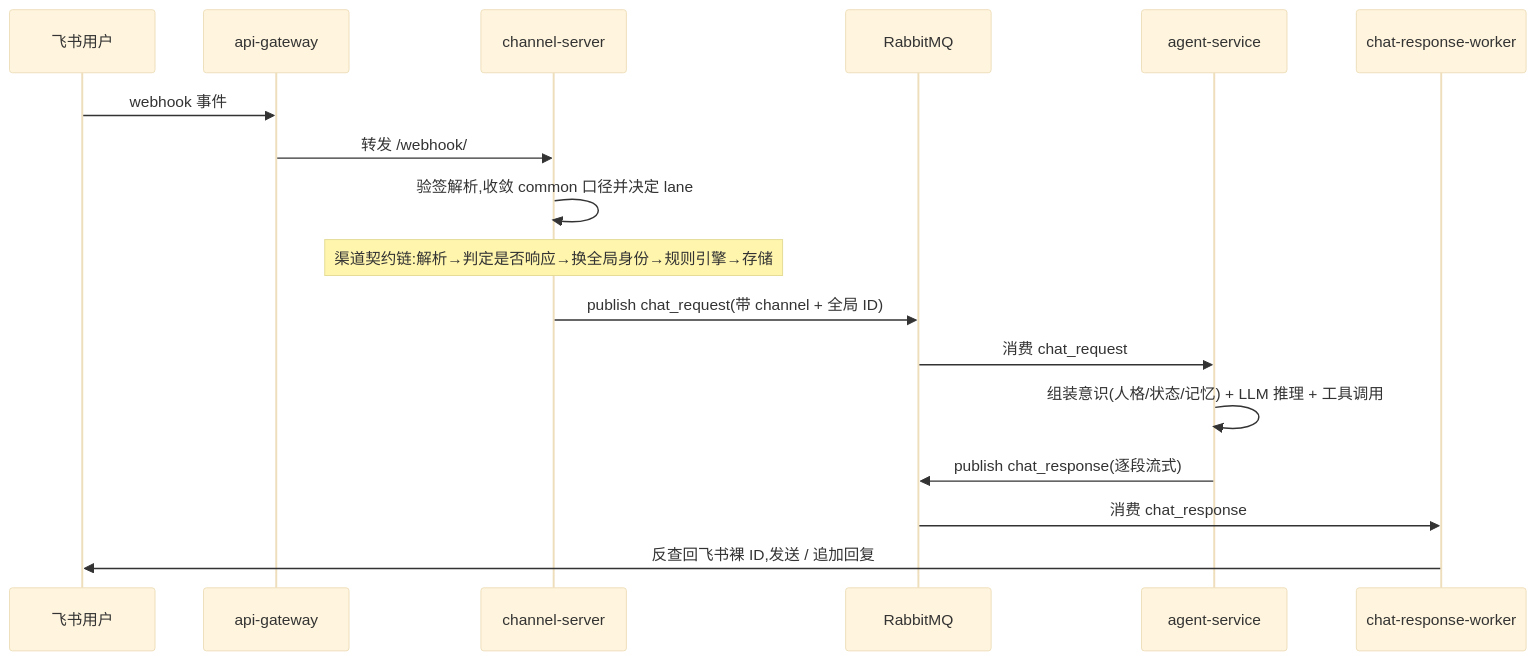
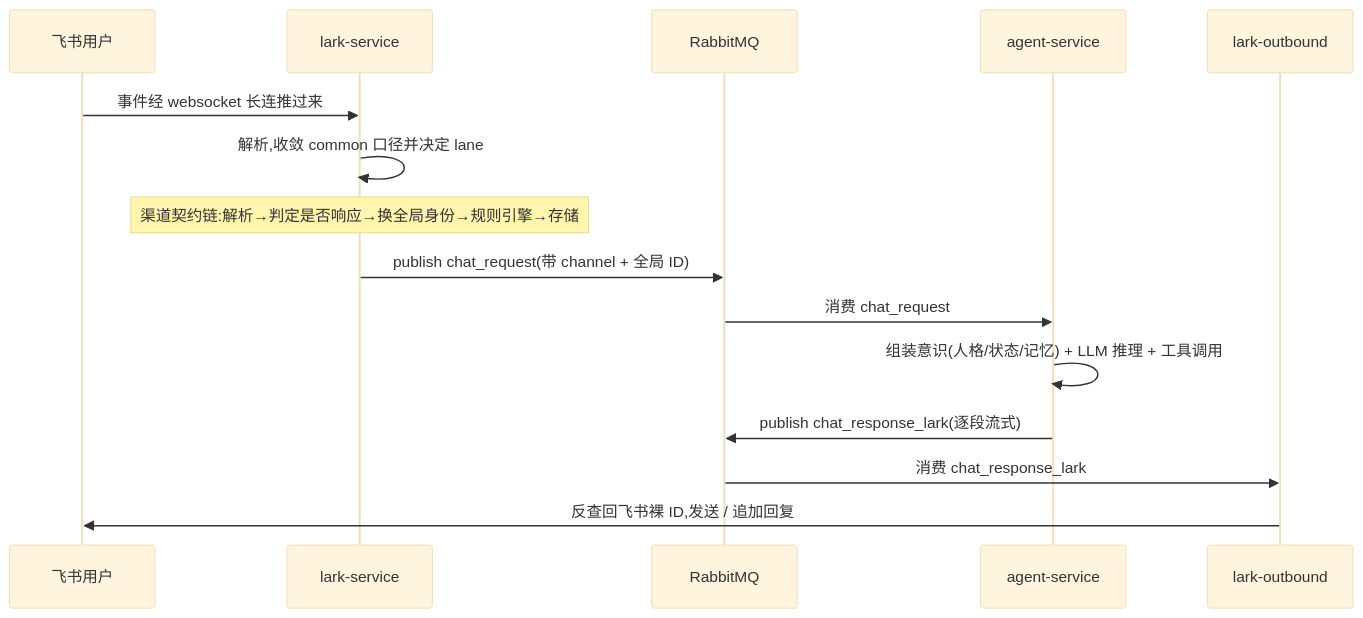
The second of 5 diagrams in docs/service-topology.md (bezhai/chiwei-platform), drawn with Mermaid (base theme) before and after one commit. The commit also changed other lines of this file and 203 other files, not shown here.

````diff
--- a/docs/service-topology.md
+++ b/docs/service-topology.md
@@ -91,20 +96,18 @@
 ```mermaid
 sequenceDiagram
     participant U as 飞书用户
-    participant GW as api-gateway
-    participant CS as channel-server
+    participant LKS as lark-service
     participant MQ as RabbitMQ
     participant AS as agent-service
-    participant CRW as chat-response-worker
+    participant LKO as lark-outbound
 
-    U->>GW: webhook 事件
-    GW->>CS: 转发 /webhook/
-    CS->>CS: 验签解析,收敛 common 口径并决定 lane
-    Note over CS: 渠道契约链:解析→判定是否响应→换全局身份→规则引擎→存储
-    CS->>MQ: publish chat_request(带 channel + 全局 ID)
+    U->>LKS: 事件经 websocket 长连推过来
+    LKS->>LKS: 解析,收敛 common 口径并决定 lane
+    Note over LKS: 渠道契约链:解析→判定是否响应→换全局身份→规则引擎→存储
+    LKS->>MQ: publish chat_request(带 channel + 全局 ID)
     MQ->>AS: 消费 chat_request
     AS->>AS: 组装意识(人格/状态/记忆) + LLM 推理 + 工具调用
-    AS->>MQ: publish chat_response(逐段流式)
-    MQ->>CRW: 消费 chat_response
-    CRW->>U: 反查回飞书裸 ID,发送 / 追加回复
+    AS->>MQ: publish chat_response_lark(逐段流式)
+    MQ->>LKO: 消费 chat_response_lark
+    LKO->>U: 反查回飞书裸 ID,发送 / 追加回复
 ```
````
